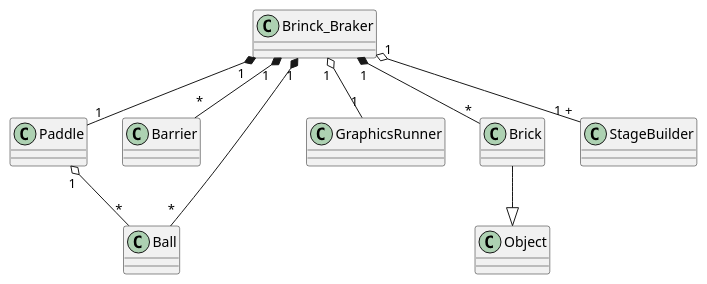
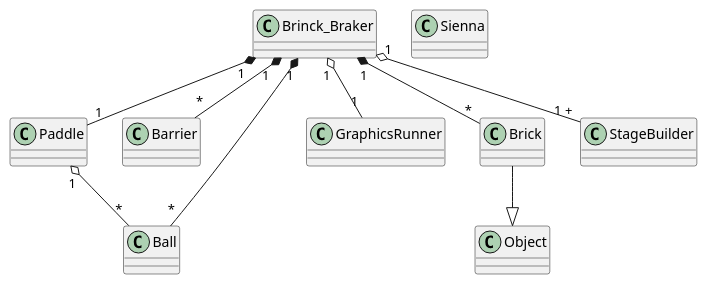
The diagram in docs/Diagrama.puml (SantiagoGarciaVazquez/BrickBreaker), drawn with PlantUML before and after one commit.

```diff
--- a/docs/Diagrama.puml
+++ b/docs/Diagrama.puml
@@ -1,24 +1,25 @@
 @startuml Brinck_Braker
 
 class Ball
 class Barrier
 class Brick
 class Brinck_Braker 
 class GraphicsRunner
 class Paddle
 class StageBuilder
 
+class Sienna
 Brinck_Braker "1" *-- "*" Ball
 Brinck_Braker "1" *-- "1" Paddle
 Brinck_Braker "1" *-- "*" Brick
 Brinck_Braker "1 "*--  "*" Barrier
 
 Brinck_Braker "1" o-- "1" GraphicsRunner
 Brinck_Braker "1" o-- "1 +"StageBuilder
 
 Paddle "1" o-- "*" Ball
 
 Brick --|> Object
 
 
 @enduml
```
